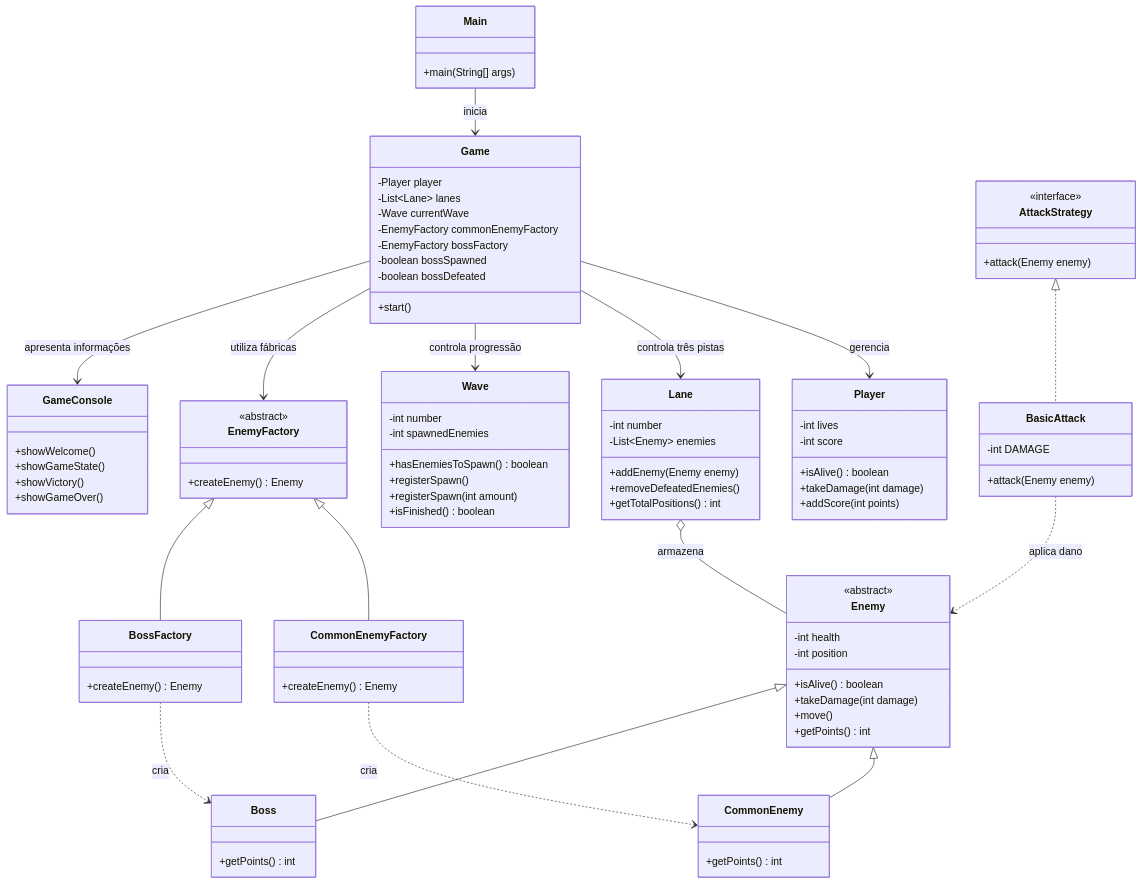
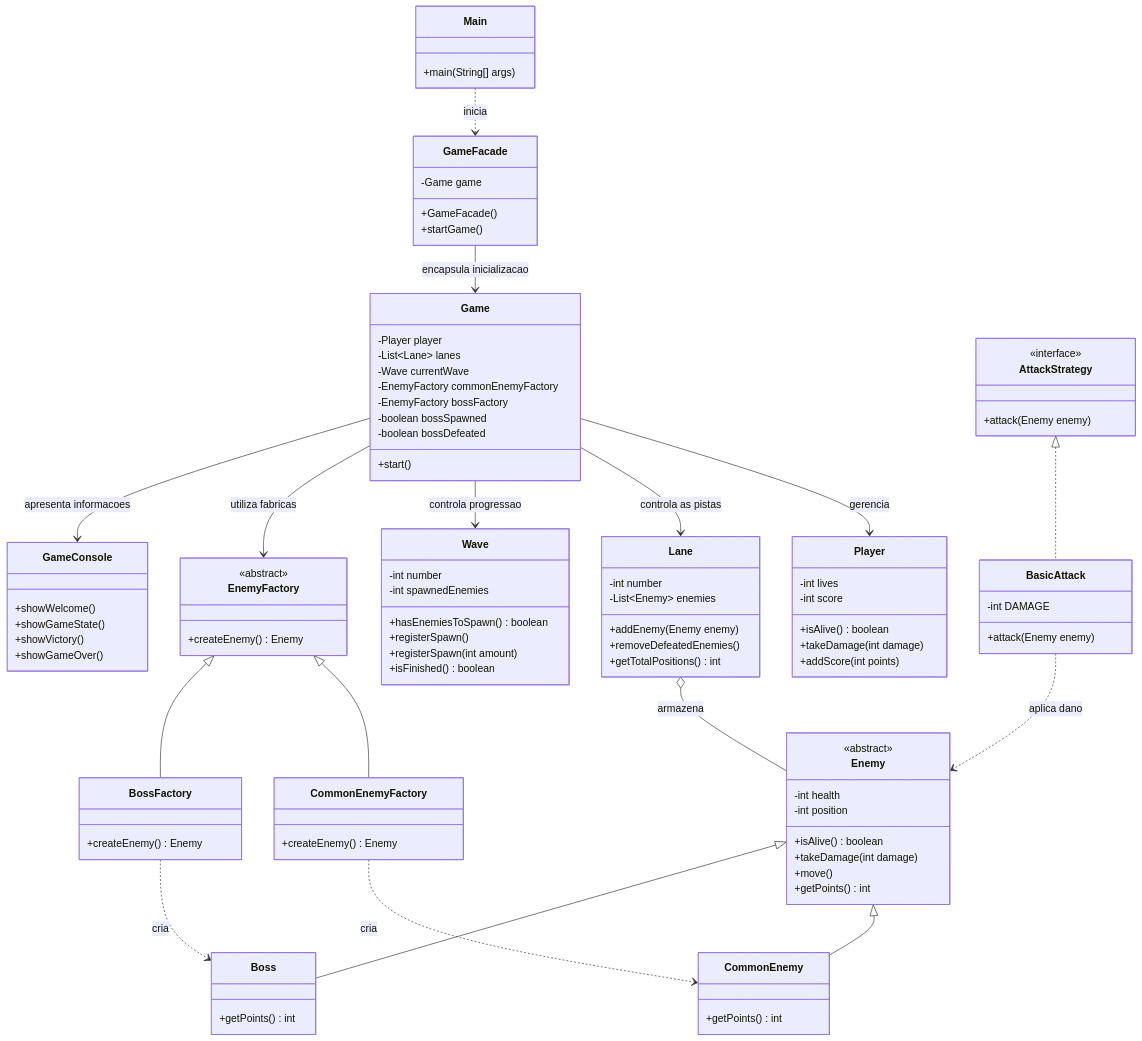
The second of 2 diagrams in README.md (gabrielesequeira/lane-based-combat-game), drawn with Mermaid before and after one commit. The commit also changed other lines of this file and 3 other files, not shown here.

````diff
--- a/README.md
+++ b/README.md
@@ -272,6 +286,12 @@
 classDiagram
     class Main {
         +main(String[] args)
+    }
+
+    class GameFacade {
+        -Game game
+        +GameFacade()
+        +startGame()
     }
 
     class Game {
@@ -358,19 +378,23 @@
         +showGameOver()
     }
 
-    Main --> Game : inicia
+    Main ..> GameFacade : inicia
+    GameFacade --> Game : encapsula inicializacao
     Game --> Player : gerencia
-    Game --> Lane : controla três pistas
-    Game --> Wave : controla progressão
-    Game --> EnemyFactory : utiliza fábricas
-    Game --> GameConsole : apresenta informações
+    Game --> Lane : controla as pistas
+    Game --> Wave : controla progressao
+    Game --> EnemyFactory : utiliza fabricas
+    Game --> GameConsole : apresenta informacoes
+
     Lane o-- Enemy : armazena
     Enemy <|-- CommonEnemy
     Enemy <|-- Boss
+
     EnemyFactory <|-- CommonEnemyFactory
     EnemyFactory <|-- BossFactory
     CommonEnemyFactory ..> CommonEnemy : cria
     BossFactory ..> Boss : cria
+
     AttackStrategy <|.. BasicAttack
     BasicAttack ..> Enemy : aplica dano
 ```
````
